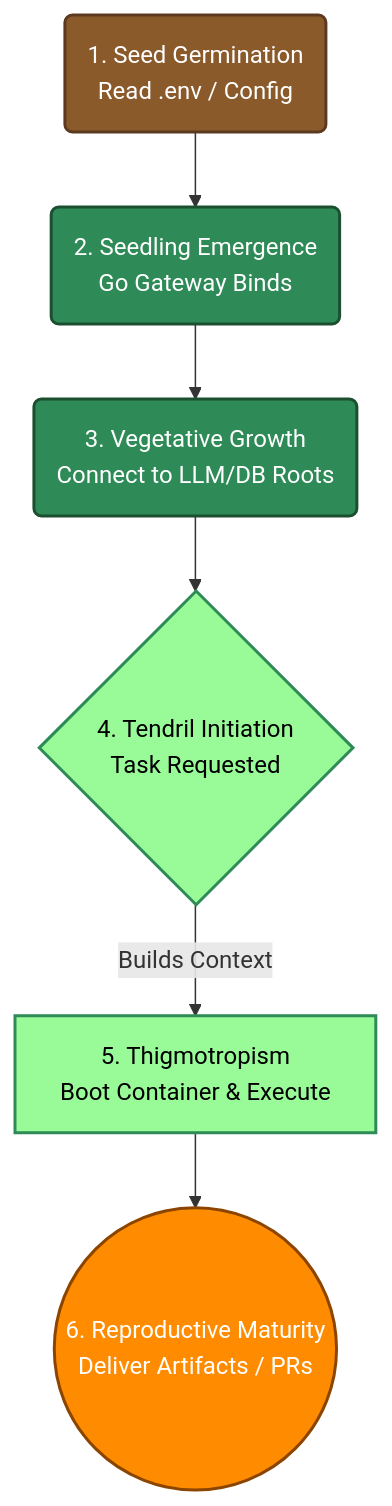
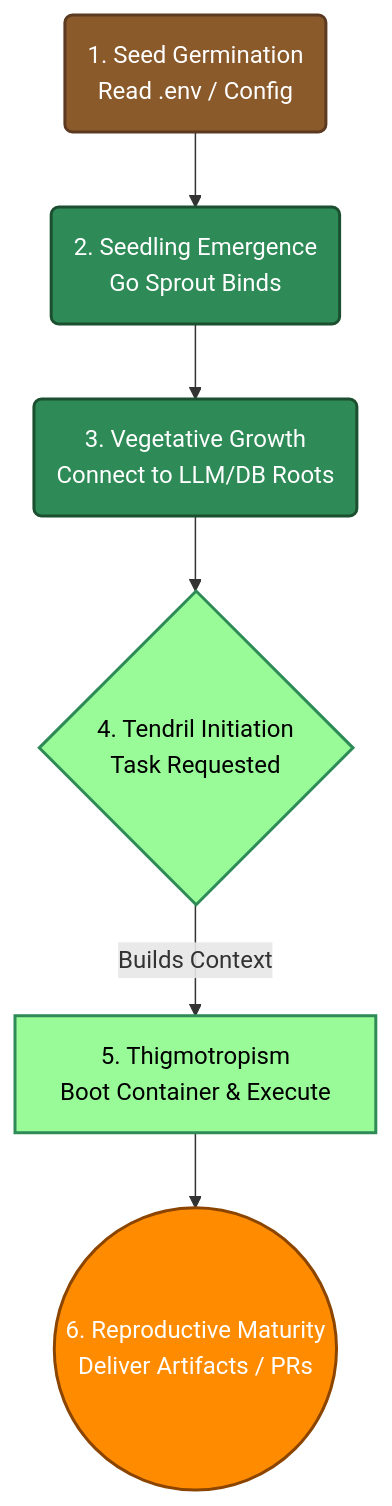
Before and after one commit to opentendril/opentendril: the diagram in ARCHITECTURE.md, drawn with Mermaid. The commit also changed other lines of this file and 36 other files, not shown here.

````diff
--- a/ARCHITECTURE.md
+++ b/ARCHITECTURE.md
@@ -72,20 +72,20 @@
 ```mermaid
 graph TD
     classDef seed fill:#8b5a2b,stroke:#5c3a21,stroke-width:2px,color:white;
     classDef stem fill:#2e8b57,stroke:#1b4f30,stroke-width:2px,color:white;
     classDef tendril fill:#98fb98,stroke:#2e8b57,stroke-width:2px,color:black;
     classDef fruit fill:#ff8c00,stroke:#8b4500,stroke-width:2px,color:white;
 
-    A(1. Seed Germination<br/>Read .env / Config) --> B(2. Seedling Emergence<br/>Go Gateway Binds)
+    A(1. Seed Germination<br/>Read .env / Config) --> B(2. Seedling Emergence<br/>Go Sprout Binds)
     B --> C(3. Vegetative Growth<br/>Connect to LLM/DB Roots)
     
     C --> D{4. Tendril Initiation<br/>Task Requested}
     D -->|Builds Context| E[5. Thigmotropism<br/>Boot Container & Execute]
     
     E --> F((6. Reproductive Maturity<br/>Deliver Artifacts / PRs))
     
     class A seed;
     class B,C stem;
     class D,E tendril;
     class F fruit;
 ```
````
